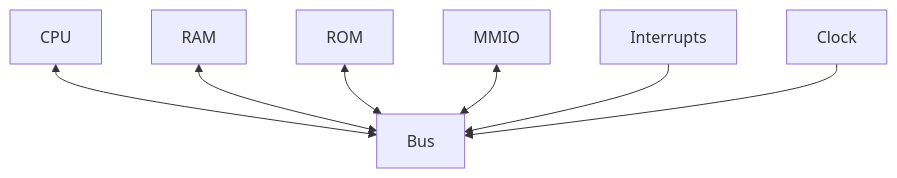
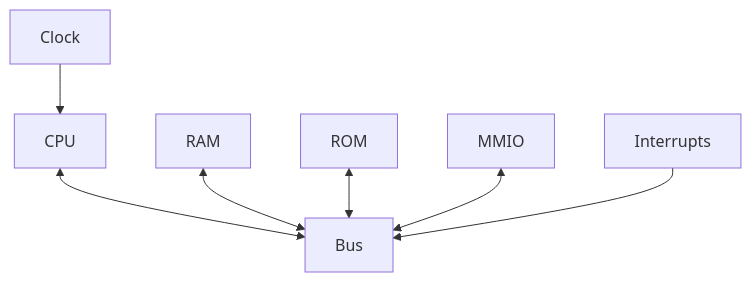
The diagram in emulator/README.md (maci0/uhc), drawn with Mermaid before and after one commit. The commit also changed 5 other files, not shown here.

````diff
--- a/emulator/README.md
+++ b/emulator/README.md
@@ -7,19 +7,19 @@
 ```mermaid
 graph TD
 
 A[Bus]
 B[CPU]
 D[RAM]
 E[ROM]
 F[MMIO]
 G[Interrupts]
 H[Clock]
 
 B <--> A
 D <--> A
 E <--> A
 F <--> A
 G -->  A
-H --> A
+H --> B
 
 ```
````
